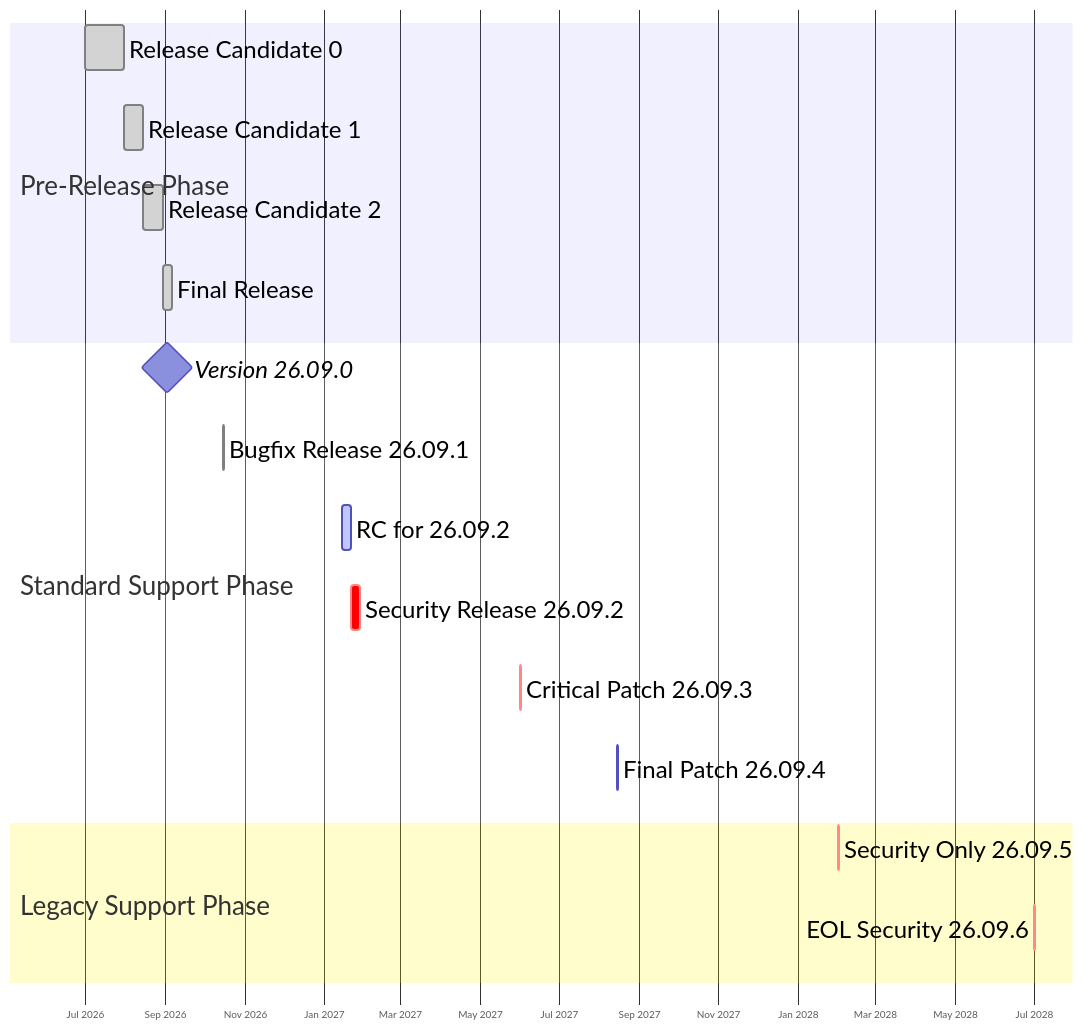
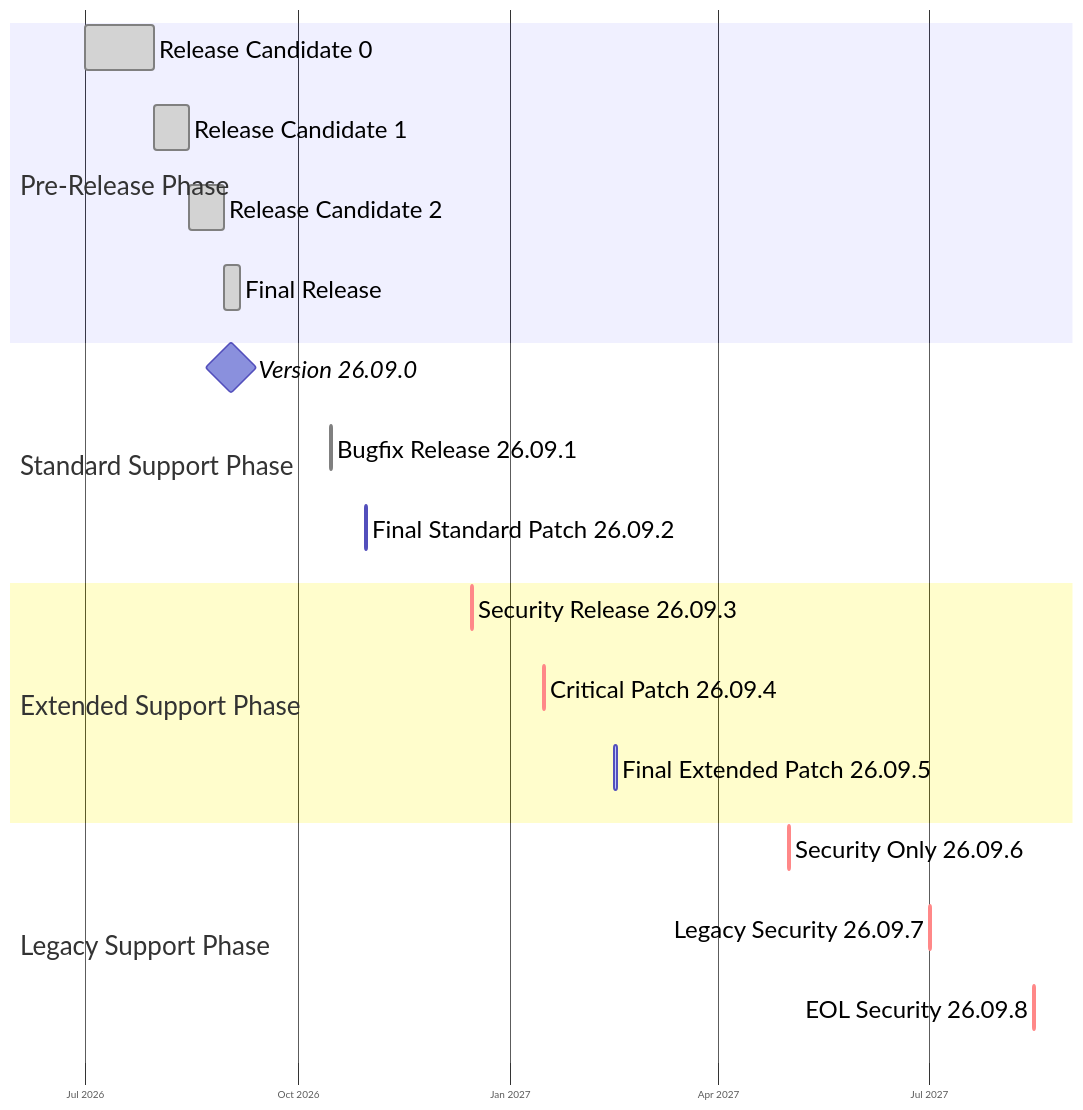
The third of 4 diagrams in docs/docusaurus/docs/reference/product_lifecycle_and_release_cadence.md (sequentech/step), drawn with Mermaid before and after one commit. The commit also changed other lines of this file, not shown here.

````diff
--- a/docs/docusaurus/docs/reference/product_lifecycle_and_release_cadence.md
+++ b/docs/docusaurus/docs/reference/product_lifecycle_and_release_cadence.md
@@ -273,58 +273,61 @@
 ```mermaid
 ---
 config:
     logLevel: 'debug'
     theme: 'default'
     themeCSS: " \n
         .taskText { font-size: 14px; font-weight: 500; }
         rect[id^=rc_] { fill: #ff9500; stroke-width: 3px; stroke: #cc7700; }
         text[id^=rc_] { fill: #0f054c !important; font-size: 20px; font-weight: 600; }
         rect[id^=final_] { fill: #0f054c; stroke-width: 4px; stroke: #0a0339; }
         text[id^=final_] { fill: #0f054c !important; font-size: 22px; font-weight: 700; }
         rect[id^=patch_] { fill: #2de8b9; stroke-width: 3px; stroke: #24c7a0; }
         text[id^=patch_] { fill: #0f054c !important; font-size: 20px; font-weight: 600; }
         rect[id^=security_] { fill: #e63946; stroke-width: 4px; stroke: #d62828; }
         text[id^=security_] { fill: #0f054c !important; font-size: 20px; font-weight: 700; }
         .sectionTitle { stroke: white; paint-order: stroke fill; fill: #0f054c; stroke-width: 8px; font-size: 28px; }
         g[class=tick] text { font-size: 18px; }
 
         /*** section backgrounds ***/
         .section0 { fill: #fff2e6; opacity: 0.3; }
         .section1 { fill: #6666ff7d; opacity: 0.5; }
         .section2 { fill: #fff400; opacity: 0.2; stroke: none; }
     "
 ---
 %%{init:
     {
         "gantt": {
             "sectionFontSize": 26,
             "fontSize": 24,
             "barGap": 35,
             "barHeight": 45,
             "topPadding": 70
         }
     }
 }%%
 gantt
     dateFormat  YYYY-MM-DD
     axisFormat  %b %Y
-    tickInterval 2month
+    tickInterval 3month
     
     section Pre-Release Phase
-    Release Candidate 0     :done, rc0, 2026-07-01, 30d
-    Release Candidate 1     :done, rc1, after rc0, 15d
-    Release Candidate 2     :done, rc2, after rc1, 15d
-    Final Release           :done, final_release, after rc2, 7d
+    Release Candidate 0     :done, rc_0, 2026-07-01, 30d
+    Release Candidate 1     :done, rc_1, after rc_0, 15d
+    Release Candidate 2     :done, rc_2, after rc_1, 15d
+    Final Release           :done, final_release, after rc_2, 7d
 
     section Standard Support Phase
     Version 26.09.0         :milestone, 2026-09-02, 0d
-    Bugfix Release 26.09.1  :done, patch1, 2026-10-15, 1d
-    RC for 26.09.2          :active, rc_sec, 2027-01-15, 7d
-    Security Release 26.09.2 :crit, sec2, after rc_sec, 7d
-    Critical Patch 26.09.3   :crit, patch3, 2027-06-01, 1d
-    Final Patch 26.09.4      :active, patch4, 2027-08-15, 1d
+    Bugfix Release 26.09.1  :done, patch_1, 2026-10-15, 1d
+    Final Standard Patch 26.09.2 :active, patch_2, 2026-10-30, 1d
+    
+    section Extended Support Phase
+    Security Release 26.09.3 :crit, sec3, 2026-12-15, 1d
+    Critical Patch 26.09.4   :crit, patch_4, 2027-01-15, 1d
+    Final Extended Patch 26.09.5 :active, patch_5, 2027-02-15, 1d
     
     section Legacy Support Phase
-    Security Only 26.09.5    :crit, sec5, 2028-02-01, 1d
-    EOL Security 26.09.6     :crit, sec6, 2028-07-01, 1d
+    Security Only 26.09.6    :crit, sec6, 2027-05-01, 1d
+    Legacy Security 26.09.7   :crit, sec7, 2027-07-01, 1d
+    EOL Security 26.09.8     :crit, sec8, 2027-08-15, 1d
 ```
````
